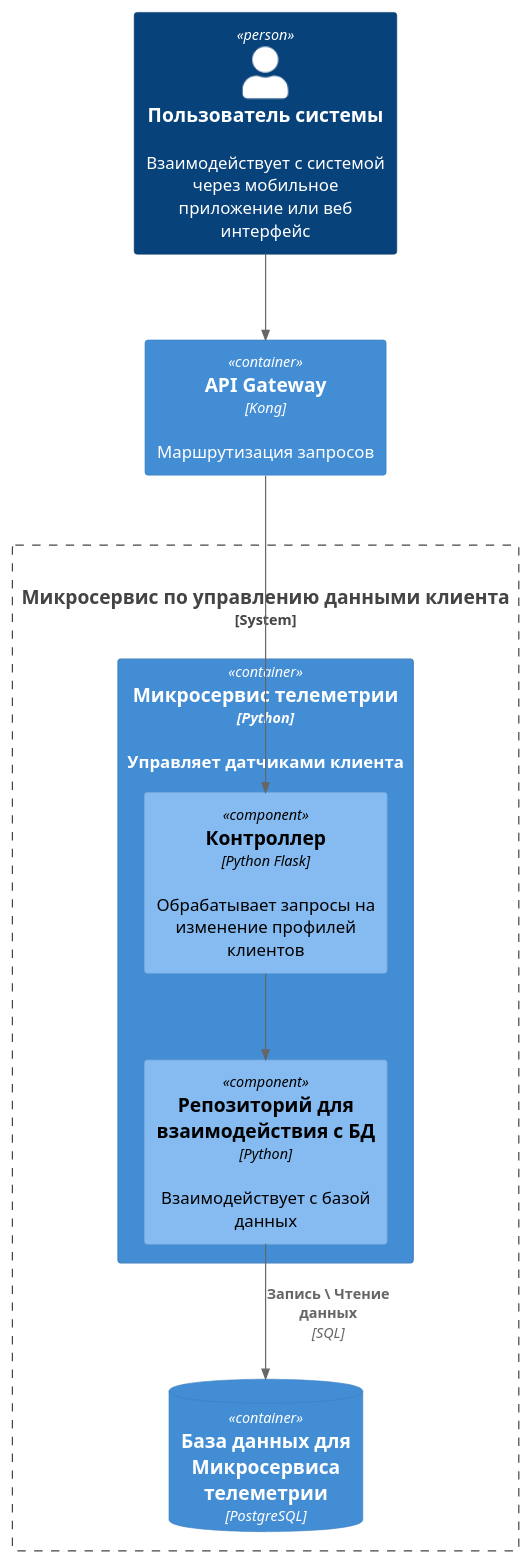
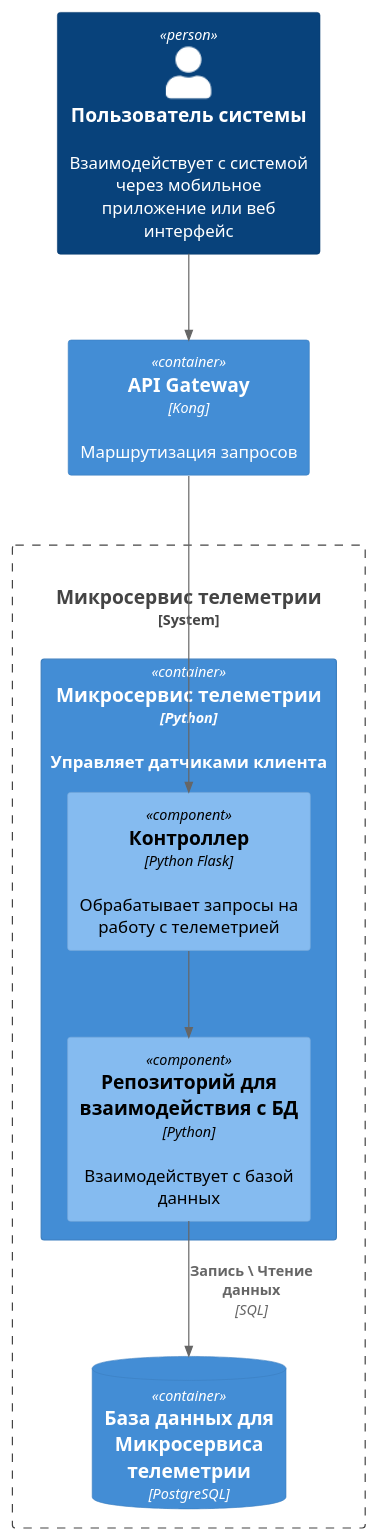
Before and after one commit to VZMDeadAngel/architecture-sprint-3: the diagram in diagrams/components3.puml, drawn with PlantUML. The commit also changed 15 other files, not shown here.

```diff
--- a/diagrams/components3.puml
+++ b/diagrams/components3.puml
@@ -1,25 +1,21 @@
 @startuml
 !include https://raw.githubusercontent.com/plantuml-stdlib/C4-PlantUML/master/C4_Component.puml
 
-
 Person(user, "Пользователь системы", "Взаимодействует с системой через мобильное приложение или веб интерфейс")
-
 Container(gateway, "API Gateway", "Kong", "Маршрутизация запросов")
 
-System_Boundary(clients, "Микросервис по управлению данными клиента", "Python") {
-    
-
+System_Boundary(current, "Микросервис телеметрии", "Python") {
     Container(telemetry, "Микросервис телеметрии", "Python", "Управляет датчиками клиента") {
-        Component(telemetryController, "Контроллер", "Python Flask", "Обрабатывает запросы на изменение профилей клиентов")
+        Component(telemetryController, "Контроллер", "Python Flask", "Обрабатывает запросы на работу с телеметрией")
         Component(telemetryDBLayer, "Репозиторий для взаимодействия с БД", "Python", "Взаимодействует с базой данных")
     }
     ContainerDb(db_telemetry, "База данных для Микросервиса телеметрии", "PostgreSQL")
 }
 
 Rel(user, gateway, "")
 
 Rel(gateway, telemetryController, "")
 Rel(telemetryController, telemetryDBLayer, "")
 Rel(telemetryDBLayer, db_telemetry, "Запись \ Чтение данных", "SQL")
 
 @enduml
```
